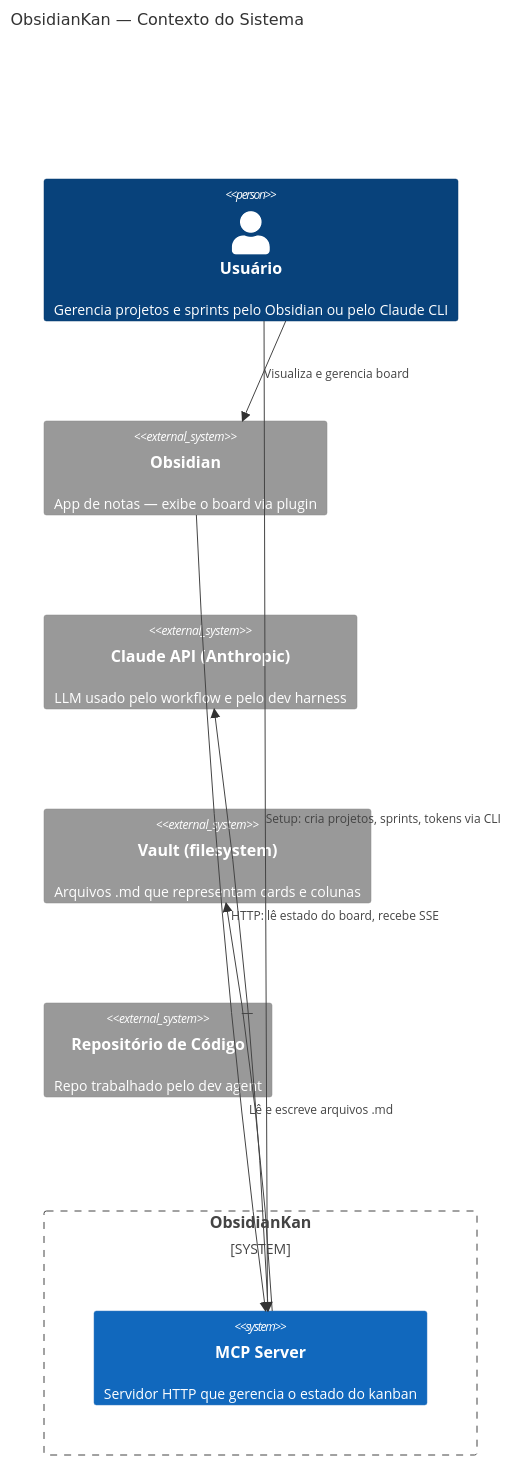
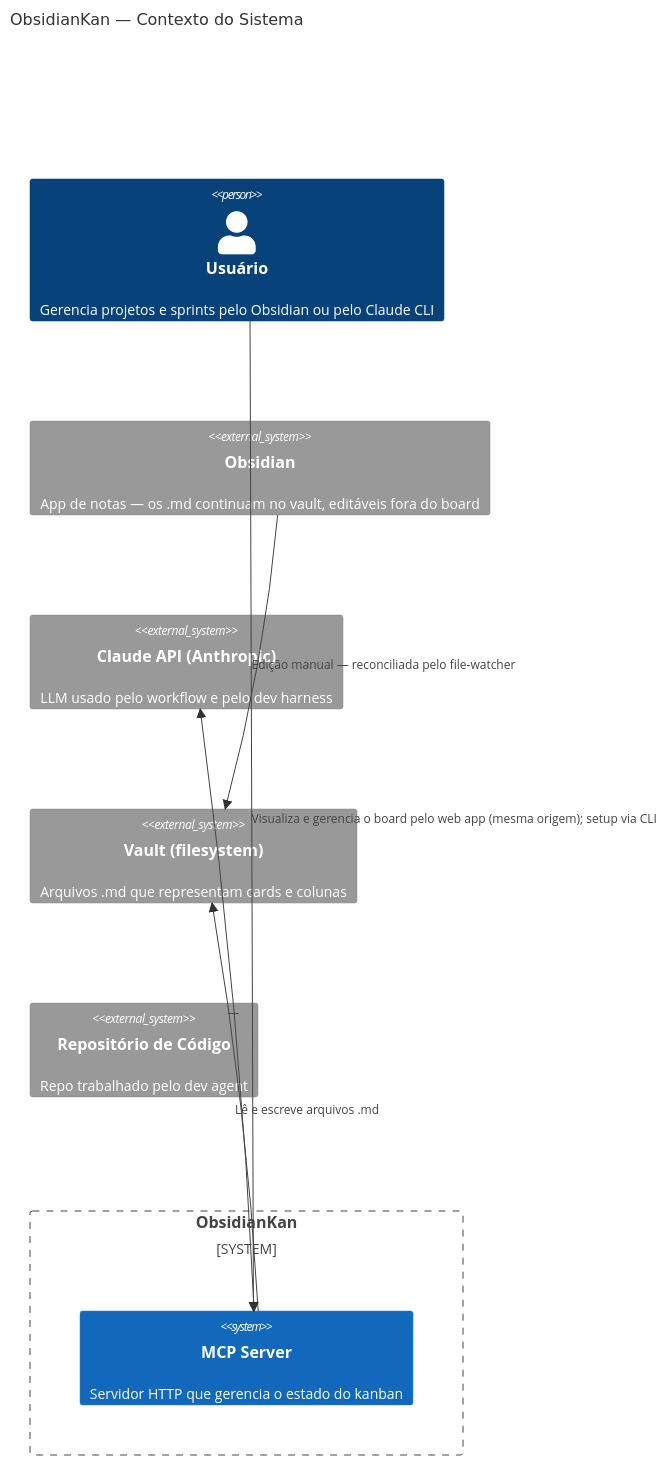
The first of 9 diagrams in docs/for-developers/architecture.md (kauelopes/obsidianban), drawn with Mermaid before and after one commit. The commit also changed other lines of this file and 56 other files, not shown here.

First line of the commit message:
feat: fase 5 — desligamento do plugin Obsidian

````diff
--- a/docs/for-developers/architecture.md
+++ b/docs/for-developers/architecture.md
@@ -26,21 +26,20 @@
 ```mermaid
 C4Context
     title ObsidianKan — Contexto do Sistema
 
     Person(user, "Usuário", "Gerencia projetos e sprints pelo Obsidian ou pelo Claude CLI")
 
     System_Boundary(obsidiankan, "ObsidianKan") {
         System(mcp, "MCP Server", "Servidor HTTP que gerencia o estado do kanban")
     }
 
-    System_Ext(obsidian, "Obsidian", "App de notas — exibe o board via plugin")
+    System_Ext(obsidian, "Obsidian", "App de notas — os .md continuam no vault, editáveis fora do board")
     System_Ext(claudeapi, "Claude API (Anthropic)", "LLM usado pelo workflow e pelo dev harness")
     System_Ext(vault, "Vault (filesystem)", "Arquivos .md que representam cards e colunas")
     System_Ext(repo, "Repositório de Código", "Repo trabalhado pelo dev agent")
 
-    Rel(user, obsidian, "Visualiza e gerencia board")
-    Rel(user, mcp, "Setup: cria projetos, sprints, tokens via CLI")
-    Rel(obsidian, mcp, "HTTP: lê estado do board, recebe SSE")
+    Rel(user, mcp, "Visualiza e gerencia o board pelo web app (mesma origem); setup via CLI")
+    Rel(obsidian, vault, "Edição manual — reconciliada pelo file-watcher")
     Rel(mcp, vault, "Lê e escreve arquivos .md")
     BiRel(mcp, claudeapi, "—")
 ```
````
